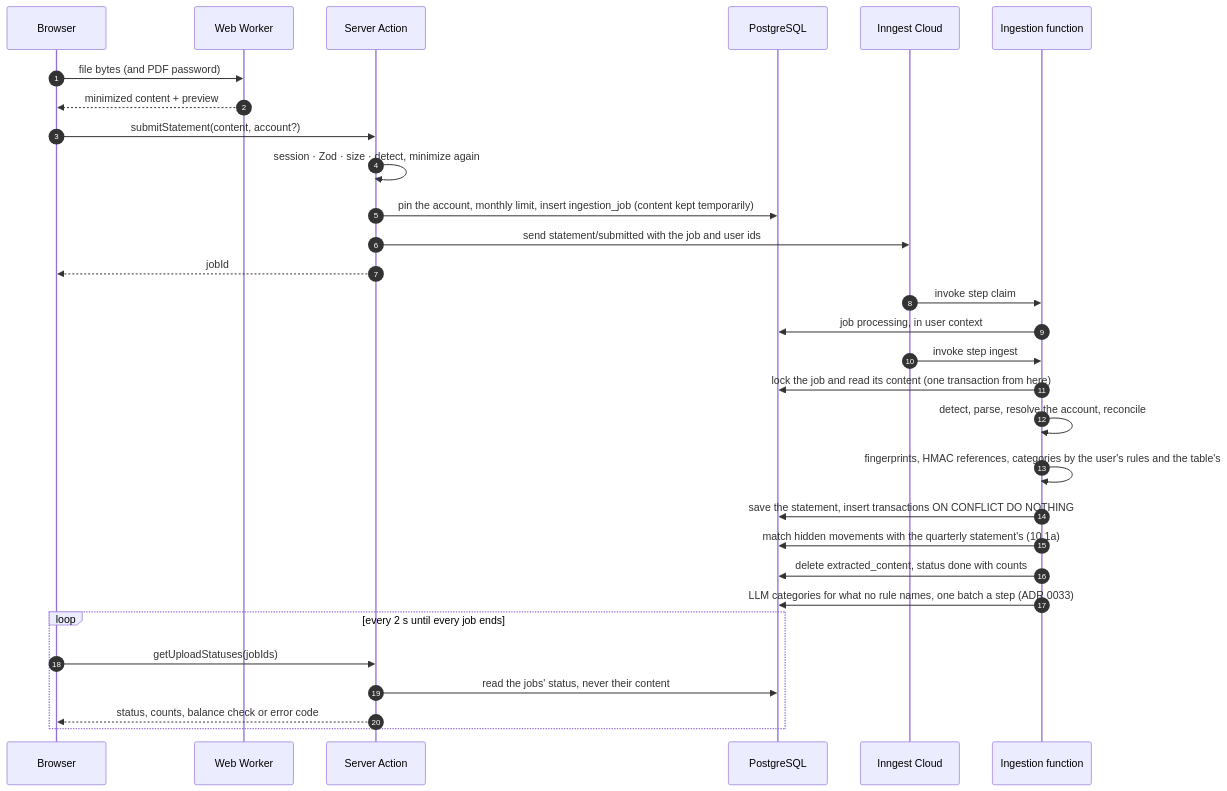
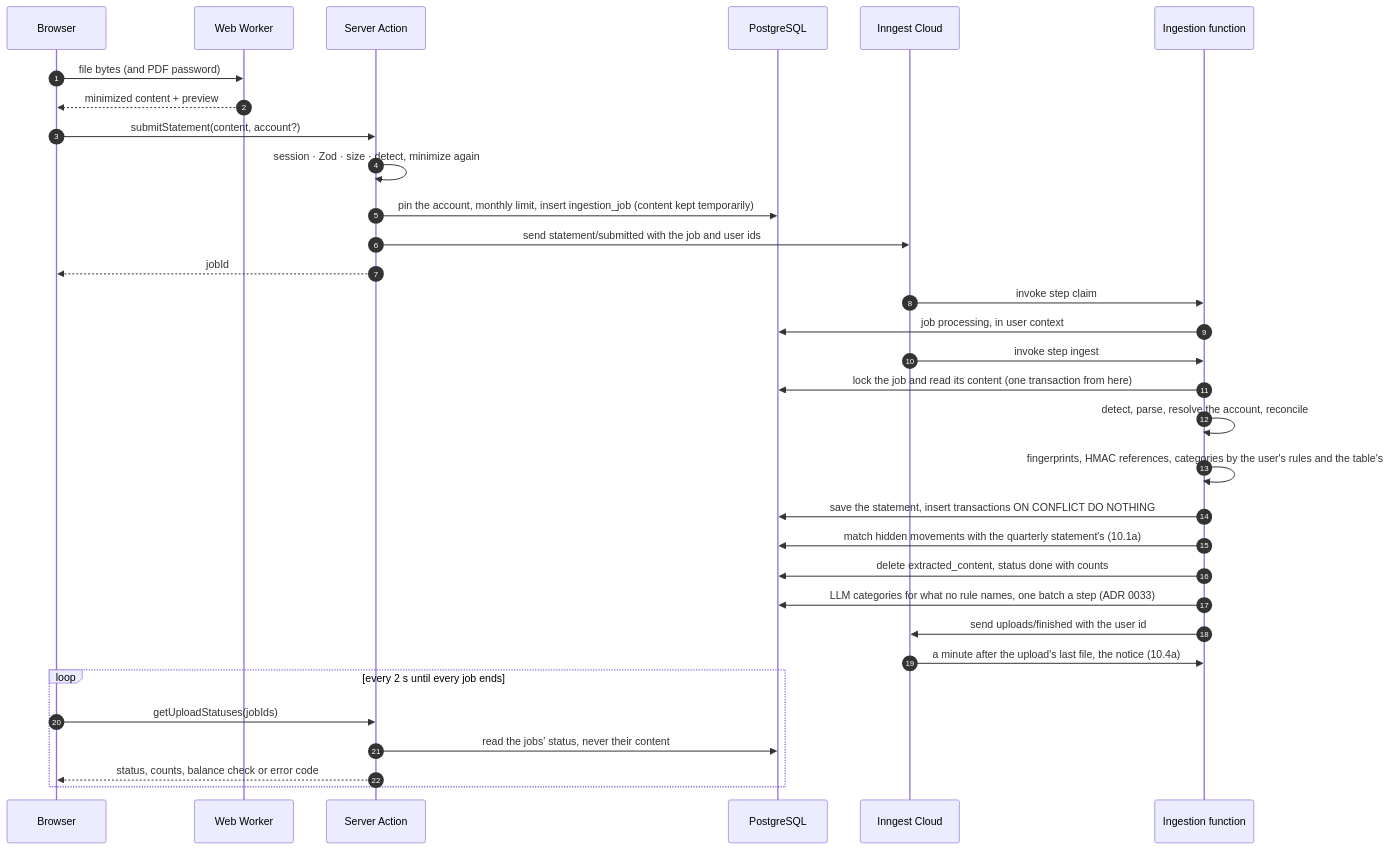
One commit to ingcarlostello/xtrakto changed the second of 7 diagrams in docs/ARCHITECTURE.md. Above: the diagram before and after it, drawn with Mermaid. The commit also changed other lines of this file and 7 other files, not shown here.

````diff
--- a/docs/ARCHITECTURE.md
+++ b/docs/ARCHITECTURE.md
@@ -99,32 +102,34 @@
 ```mermaid
 sequenceDiagram
     autonumber
     participant B as Browser
     participant W as Web Worker
     participant S as Server Action
     participant DB as PostgreSQL
     participant I as Inngest Cloud
     participant F as Ingestion function
     B->>W: file bytes (and PDF password)
     W-->>B: minimized content + preview
     B->>S: submitStatement(content, account?)
     S->>S: session · Zod · size · detect, minimize again
     S->>DB: pin the account, monthly limit, insert ingestion_job (content kept temporarily)
     S->>I: send statement/submitted with the job and user ids
     S-->>B: jobId
     I->>F: invoke step claim
     F->>DB: job processing, in user context
     I->>F: invoke step ingest
     F->>DB: lock the job and read its content (one transaction from here)
     F->>F: detect, parse, resolve the account, reconcile
     F->>F: fingerprints, HMAC references, categories by the user's rules and the table's
     F->>DB: save the statement, insert transactions ON CONFLICT DO NOTHING
     F->>DB: match hidden movements with the quarterly statement's (10.1a)
     F->>DB: delete extracted_content, status done with counts
     F->>DB: LLM categories for what no rule names, one batch a step (ADR 0033)
+    F->>I: send uploads/finished with the user id
+    I->>F: a minute after the upload's last file, the notice (10.4a)
     loop every 2 s until every job ends
         B->>S: getUploadStatuses(jobIds)
         S->>DB: read the jobs' status, never their content
         S-->>B: status, counts, balance check or error code
     end
 ```
````
